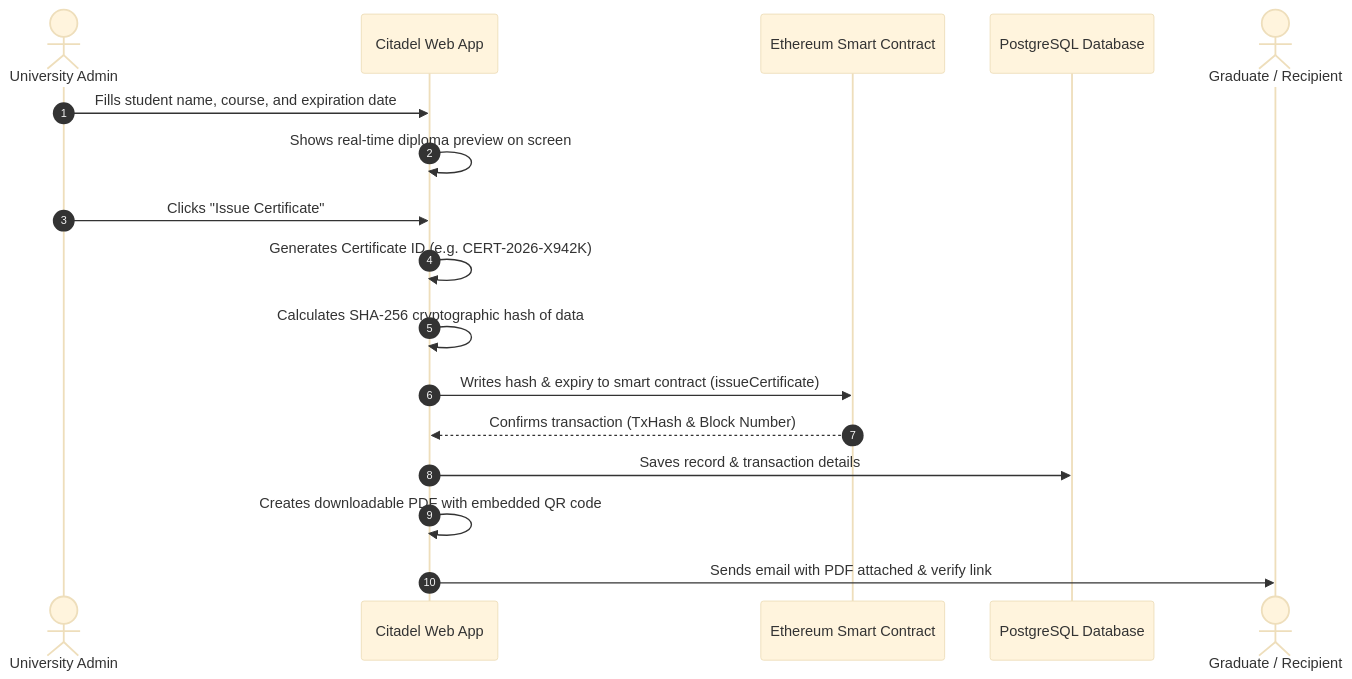
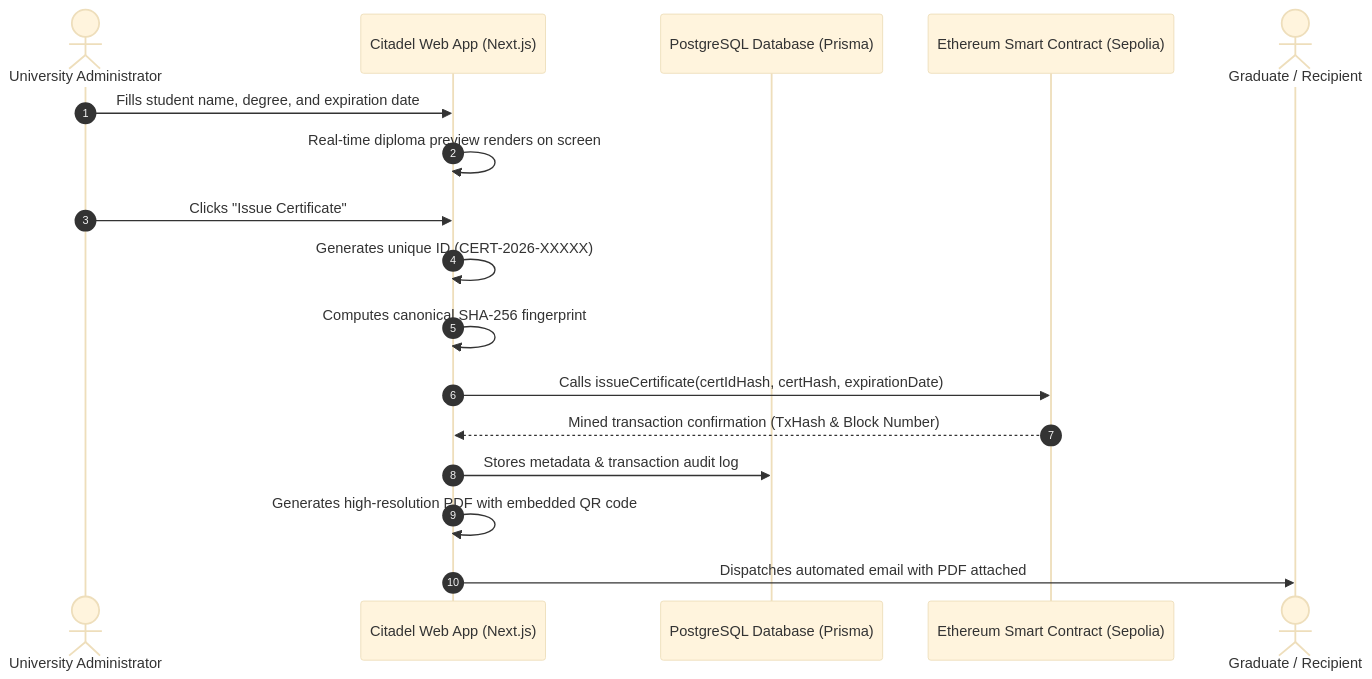
The second of 4 diagrams in PROJECT_SUBMISSION_REPORT.md (mengchheanglong/citadel-blockchain-certificates), drawn with Mermaid (base theme) before and after one commit. The commit also changed other lines of this file and 2 other files, not shown here.

Commit message:
docs: refine final project submission report in docx and md with full diagrams, verification engine docs, and demo presentation script

````diff
--- a/PROJECT_SUBMISSION_REPORT.md
+++ b/PROJECT_SUBMISSION_REPORT.md
@@ -56,20 +99,20 @@
 ```mermaid
 sequenceDiagram
     autonumber
-    actor Admin as University Admin
-    participant App as Citadel Web App
-    participant Chain as Ethereum Smart Contract
-    participant DB as PostgreSQL Database
+    actor Admin as University Administrator
+    participant App as Citadel Web App (Next.js)
+    participant DB as PostgreSQL Database (Prisma)
+    participant Chain as Ethereum Smart Contract (Sepolia)
     actor Student as Graduate / Recipient
 
-    Admin->>App: Fills student name, course, and expiration date
-    App->>App: Shows real-time diploma preview on screen
+    Admin->>App: Fills student name, degree, and expiration date
+    App->>App: Real-time diploma preview renders on screen
     Admin->>App: Clicks "Issue Certificate"
-    App->>App: Generates Certificate ID (e.g. CERT-2026-X942K)
-    App->>App: Calculates SHA-256 cryptographic hash of data
-    App->>Chain: Writes hash & expiry to smart contract (issueCertificate)
-    Chain-->>App: Confirms transaction (TxHash & Block Number)
-    App->>DB: Saves record & transaction details
-    App->>App: Creates downloadable PDF with embedded QR code
-    App->>Student: Sends email with PDF attached & verify link
+    App->>App: Generates unique ID (CERT-2026-XXXXX)
+    App->>App: Computes canonical SHA-256 fingerprint
+    App->>Chain: Calls issueCertificate(certIdHash, certHash, expirationDate)
+    Chain-->>App: Mined transaction confirmation (TxHash & Block Number)
+    App->>DB: Stores metadata & transaction audit log
+    App->>App: Generates high-resolution PDF with embedded QR code
+    App->>Student: Dispatches automated email with PDF attached
 ```
````
